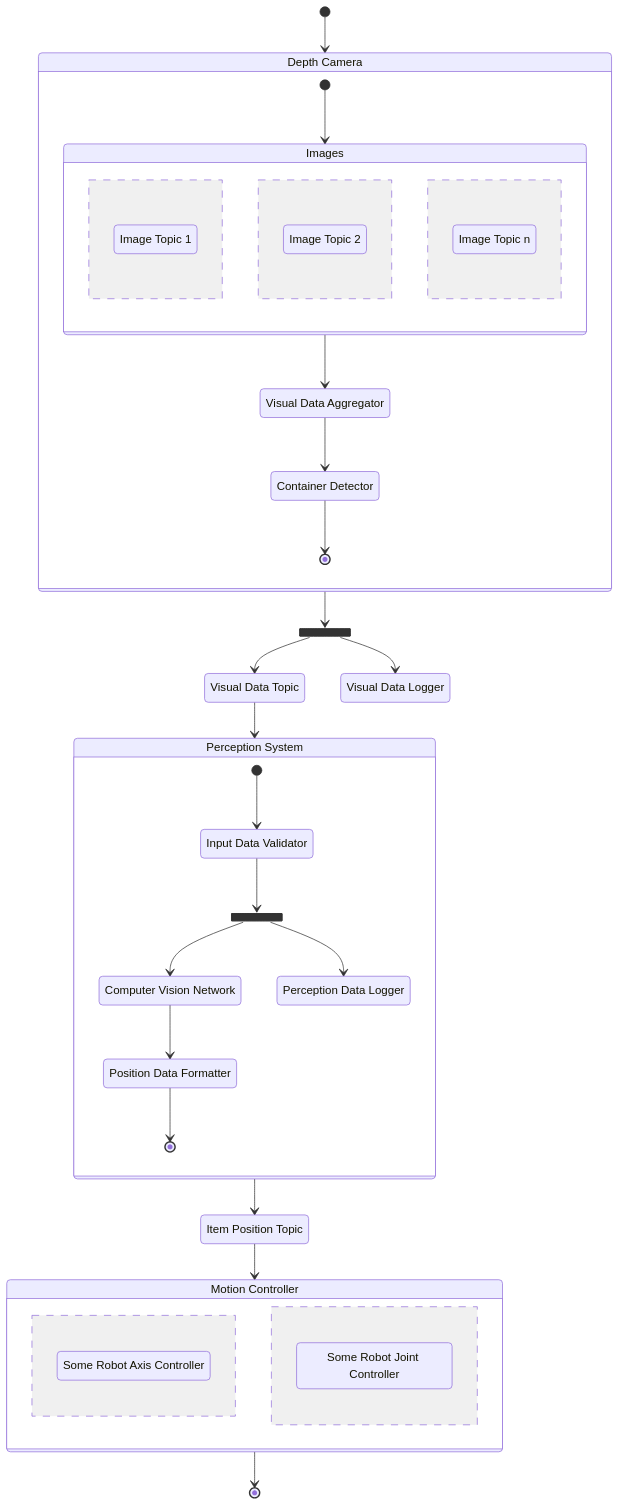
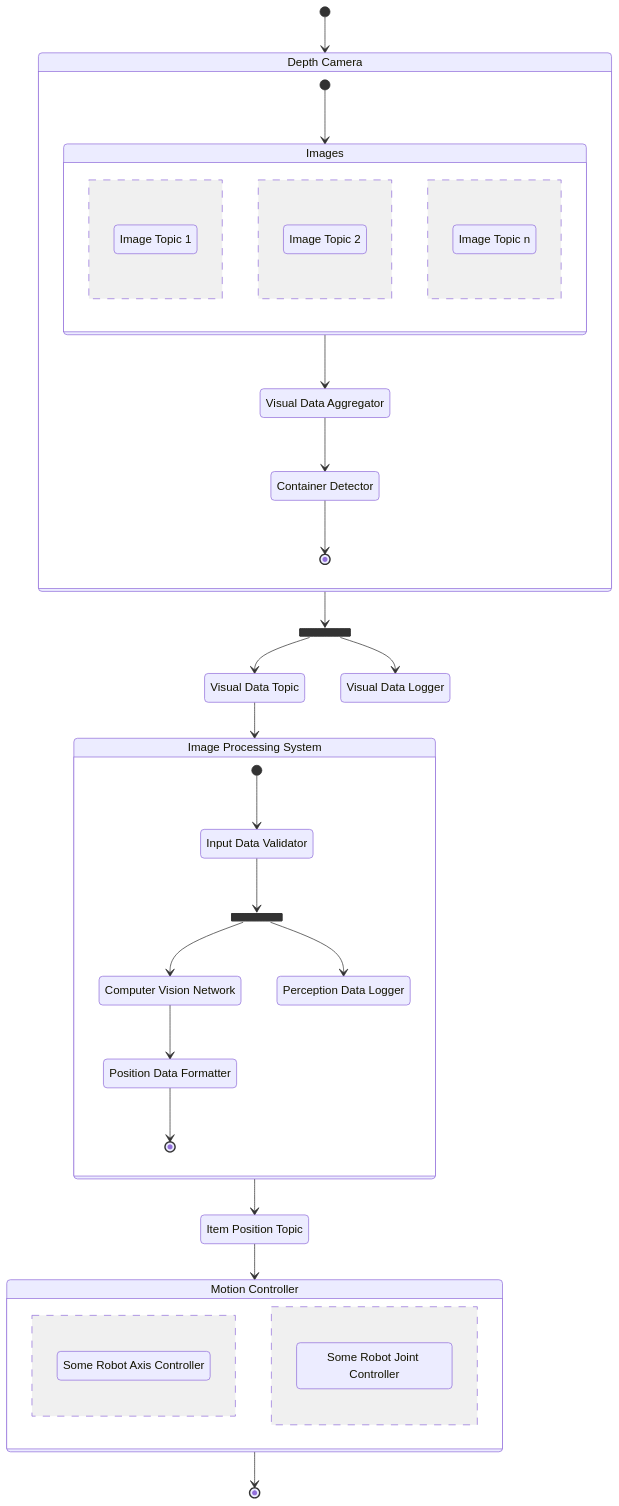
One commit to kanbanyte/sepa changed the diagram in assessments/sadrr.md. Above: the diagram before and after it, drawn with Mermaid. The commit also changed other lines of this file, not shown here.

````diff
--- a/assessments/sadrr.md
+++ b/assessments/sadrr.md
@@ -114,69 +116,69 @@
 ```mermaid
 stateDiagram-v2
 	direction TB
 	state fork1 <<fork>>
 	state fork2 <<fork>>
 
 	%% Topics
 	state "Image Topic 1" as Img1
 	state "Image Topic 2" as Img2
 	state "Image Topic n" as ImgN
 	state "Visual Data Topic" as VisualData
 	state "Item Position Topic" as Item
 
 	%% Sub-components in the Depth Camera
 	state "Visual Data Aggregator" as Aggregator
 	state "Container Detector" as Detector
 	state "Visual Data Logger" as CameraLog
 
-	%% Sub-components in the Perception System
+	%% Sub-components in the Image Processing System
 	state "Input Data Validator" as Validator
 	state "Computer Vision Network" as Network
 	state "Perception Data Logger" as SystemLog
 	state "Position Data Formatter" as Formatter
 
 	%% Sub-components in the Motion Controller
 	state "Some Robot Axis Controller" as AxisCtrl
 	state "Some Robot Joint Controller" as JointCtrl
 
 	%% Components and relationships within them
 	state "Depth Camera" as Camera {
 		[*] --> Images
 		Images --> Aggregator
 		Aggregator --> Detector
 		Detector --> [*]
 	}
 
-	state "Perception System" as Perception {
+	state "Image Processing System" as ImgProcessor {
 		[*] --> Validator
 		Validator --> fork1
 		fork1 --> Network
 		fork1 --> SystemLog
 		Network --> Formatter
 		Formatter --> [*]
 	}
 
 	state "Motion Controller" as Controller {
 		AxisCtrl
 		--
 		JointCtrl
 	}
 
 	%% Further Implemented Concurrency
 	state Images {
 		Img1
 		--
 		Img2
 		--
 		ImgN
 	}
 
 	[*] --> Camera
 	Camera --> fork2
 	fork2 --> VisualData
 	fork2 --> CameraLog
-	VisualData --> Perception
-	Perception --> Item
+	VisualData --> ImgProcessor
+	ImgProcessor --> Item
 	Item --> Controller
 	Controller --> [*]
 ```
````
